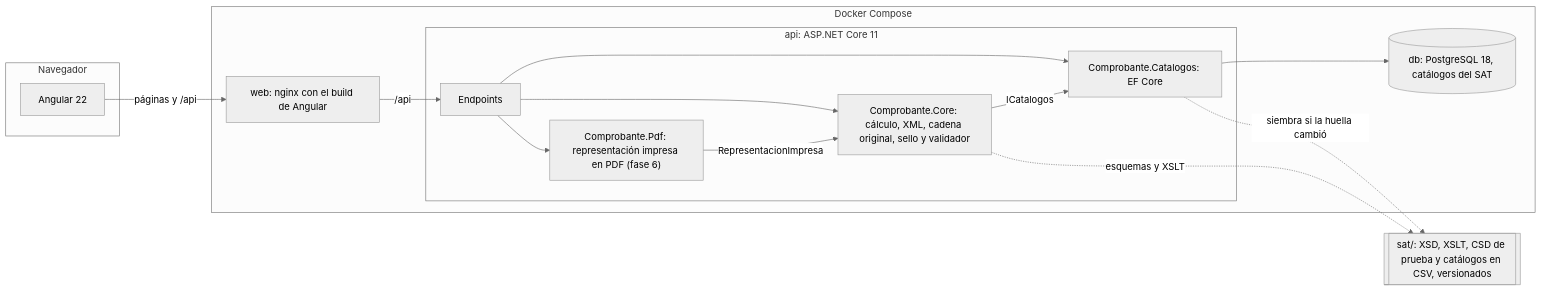
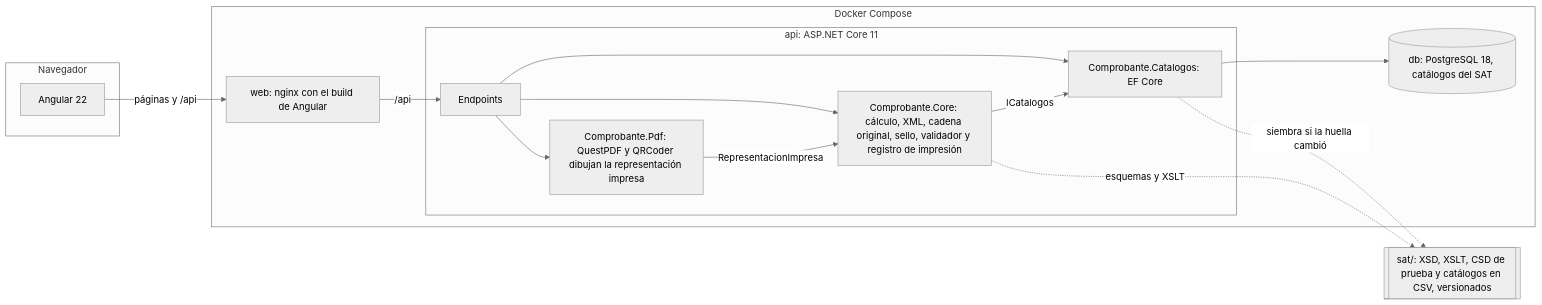
One commit to RafaelLeonTorres/comprobante changed the diagram in PLAN.md. Above: the diagram before and after it, drawn with Mermaid (neutral theme). The commit also changed other lines of this file and 3 other files, not shown here.

First line of the commit message:
Fase 6: documentación del PDF (README, PLAN y plantilla) y límites en appsettings

````diff
--- a/PLAN.md
+++ b/PLAN.md
@@ -63,27 +63,27 @@
 ```mermaid
 flowchart LR
   subgraph Navegador
     UI[Angular 22]
   end
   subgraph Compose["Docker Compose"]
     WEB["web: nginx con el build de Angular"]
     subgraph APIC["api: ASP.NET Core 11"]
       API[Endpoints]
-      CORE["Comprobante.Core: cálculo, XML, cadena original, sello y validador"]
+      CORE["Comprobante.Core: cálculo, XML, cadena original, sello, validador y registro de impresión"]
       CAT["Comprobante.Catalogos: EF Core"]
-      PDF["Comprobante.Pdf: representación impresa en PDF (fase 6)"]
+      PDF["Comprobante.Pdf: QuestPDF y QRCoder dibujan la representación impresa"]
     end
     DB[("db: PostgreSQL 18, catálogos del SAT")]
   end
   SAT[["sat/: XSD, XSLT, CSD de prueba y catálogos en CSV, versionados"]]
   UI -- "páginas y /api" --> WEB
   WEB -- "/api" --> API
   API --> CORE
   API --> CAT
   API --> PDF
   PDF -- "RepresentacionImpresa" --> CORE
   CORE -- "ICatalogos" --> CAT
   CAT --> DB
   CAT -. "siembra si la huella cambió" .-> SAT
   CORE -. "esquemas y XSLT" .-> SAT
 ```
````
